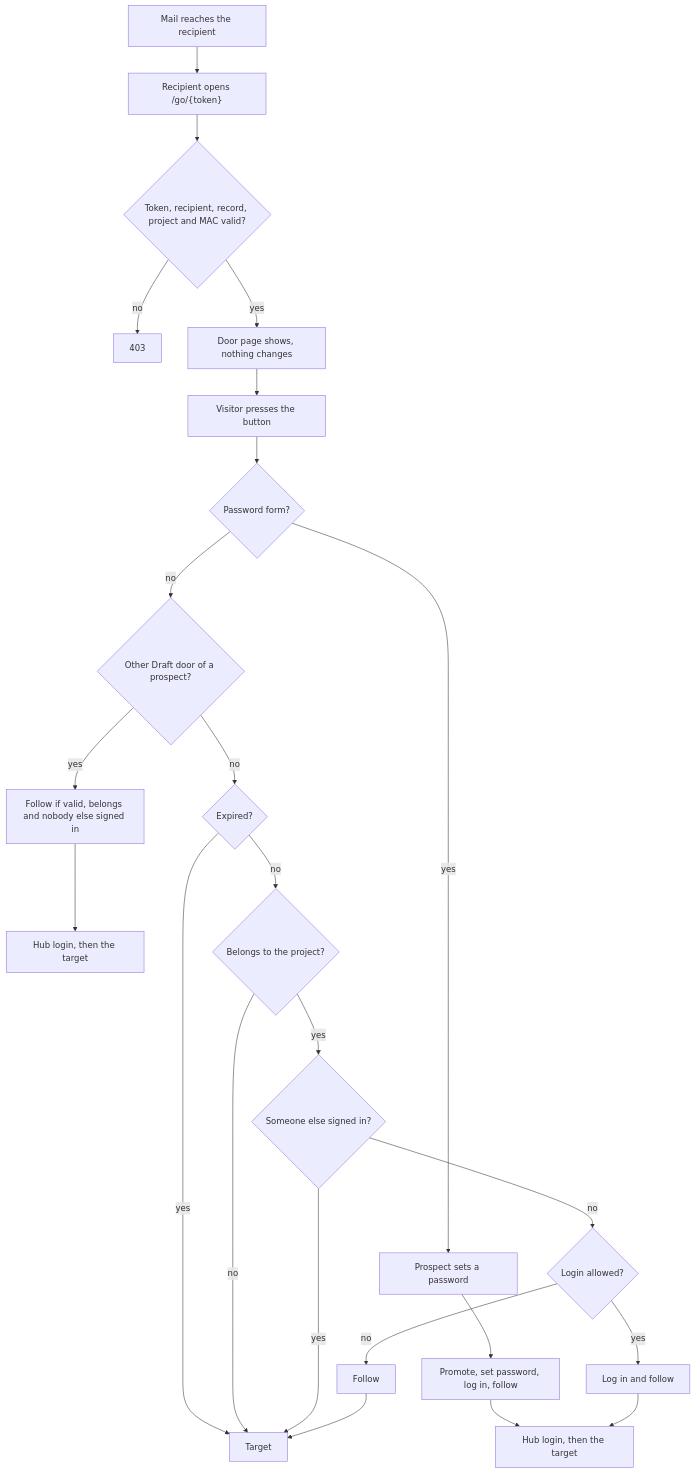
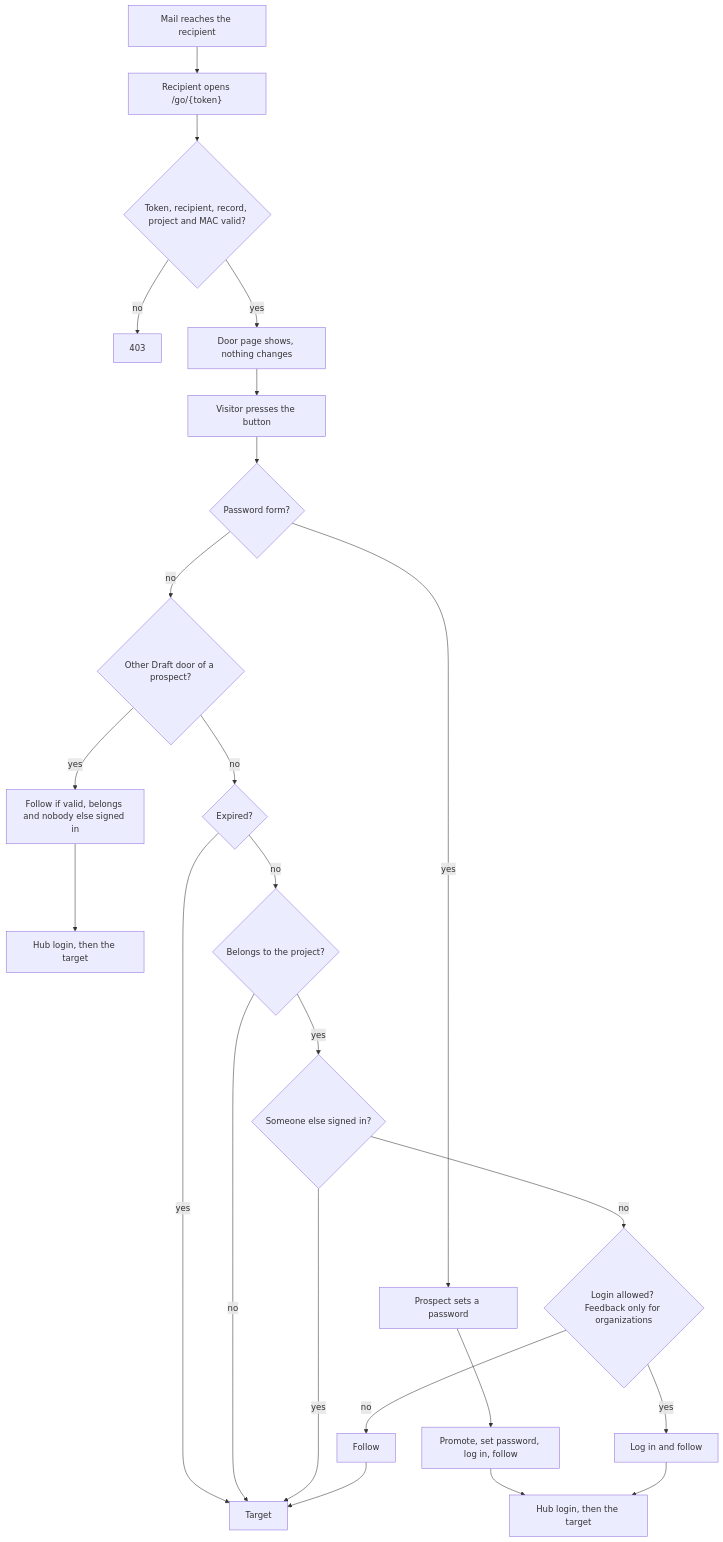
One commit to youvo/backend changed the diagram in web/modules/custom/mailer/door/README.md. Above: the diagram before and after it, drawn with Mermaid. The commit also changed other lines of this file and 7 other files, not shown here.

````diff
--- a/web/modules/custom/mailer/door/README.md
+++ b/web/modules/custom/mailer/door/README.md
@@ -18,26 +18,26 @@
 ```mermaid
 flowchart TD
     mail[Mail reaches the recipient] --> open["Recipient opens /go/{token}"]
     open --> checks{"Token, recipient, record, project and MAC valid?"}
     checks -- no --> denied[403]
     checks -- yes --> page[Door page shows, nothing changes]
     page --> press[Visitor presses the button]
     press --> password{Password form?}
     password -- yes --> form[Prospect sets a password]
     form --> promote[Promote, set password, log in, follow]
     promote --> hub[Hub login, then the target]
     password -- no --> spent{"Other Draft door of a prospect?"}
     spent -- yes --> spentFollow[Follow if valid, belongs and nobody else signed in]
     spentFollow --> hubLogin[Hub login, then the target]
     spent -- no --> expired{Expired?}
     expired -- yes --> target[Target]
     expired -- no --> belongs{Belongs to the project?}
     belongs -- no --> target
     belongs -- yes --> other{Someone else signed in?}
     other -- yes --> target
-    other -- no --> login{Login allowed?}
+    other -- no --> login{"Login allowed? Feedback only for organizations"}
     login -- yes --> loginFollow[Log in and follow]
     loginFollow --> hub
     login -- no --> follow[Follow]
     follow --> target
 ```
````
